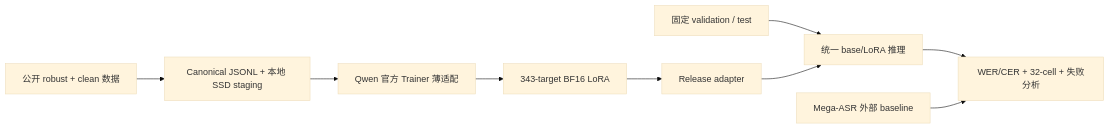
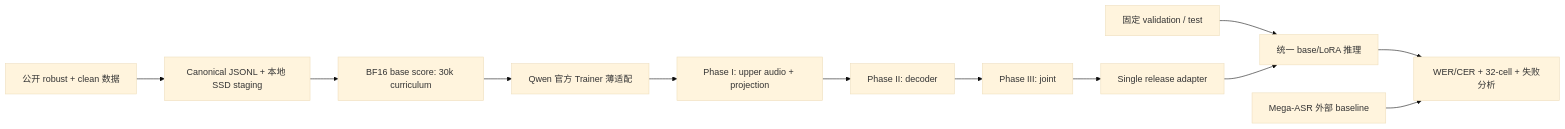
One commit to cluster1900/lora-asr changed the first of 2 diagrams in docs/qwen3-asr/01_architecture.md. Above: the diagram before and after it, drawn with Mermaid (base theme). The commit also changed other lines of this file and 34 other files, not shown here.

````diff
--- a/docs/qwen3-asr/01_architecture.md
+++ b/docs/qwen3-asr/01_architecture.md
@@ -12,11 +12,14 @@
 ```mermaid
 flowchart LR
   A["公开 robust + clean 数据"] --> B["Canonical JSONL + 本地 SSD staging"]
-  B --> C["Qwen 官方 Trainer 薄适配"]
-  C --> D["343-target BF16 LoRA"]
-  D --> E["Release adapter"]
+  B --> S["BF16 base score: 30k curriculum"]
+  S --> C["Qwen 官方 Trainer 薄适配"]
+  C --> D1["Phase I: upper audio + projection"]
+  D1 --> D2["Phase II: decoder"]
+  D2 --> D3["Phase III: joint"]
+  D3 --> E["Single release adapter"]
   T["固定 validation / test"] --> F["统一 base/LoRA 推理"]
   E --> F
   F --> G["WER/CER + 32-cell + 失败分析"]
   M["Mega-ASR 外部 baseline"] --> G
 ```
````
